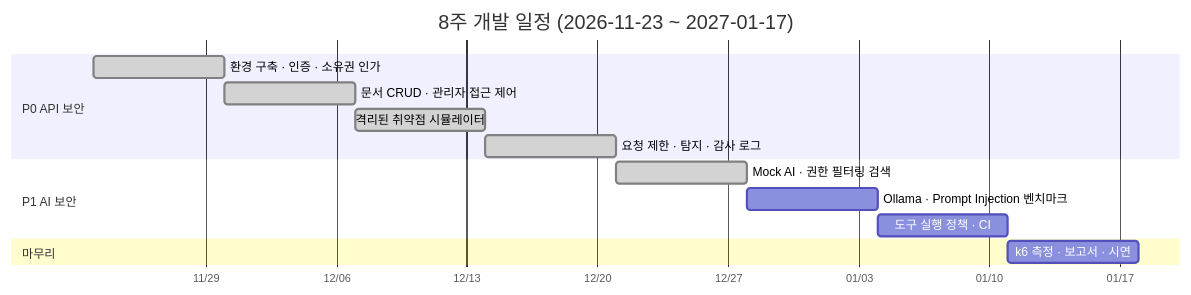
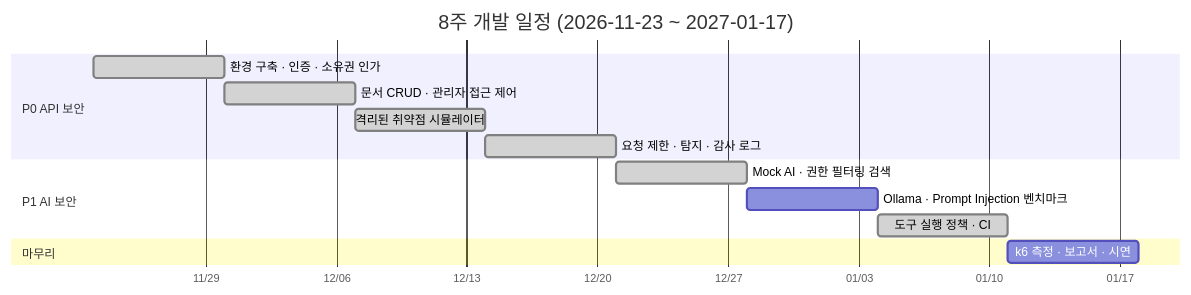
One commit to Ohhaeseo/securelab-ai changed the second of 2 diagrams in README.md. Above: the diagram before and after it, drawn with Mermaid. The commit also changed other lines of this file and 7 other files, not shown here.

````diff
--- a/README.md
+++ b/README.md
@@ -206,17 +208,17 @@
 ```mermaid
 gantt
   title 8주 개발 일정 (2026-11-23 ~ 2027-01-17)
   dateFormat YYYY-MM-DD
   axisFormat %m/%d
   section P0 API 보안
   환경 구축 · 인증 · 소유권 인가   :done, w1, 2026-11-23, 7d
   문서 CRUD · 관리자 접근 제어     :done, w2, after w1, 7d
   격리된 취약점 시뮬레이터          :done, w3, after w2, 7d
   요청 제한 · 탐지 · 감사 로그      :done, w4, after w3, 7d
   section P1 AI 보안
   Mock AI · 권한 필터링 검색       :done, w5, after w4, 7d
   Ollama · Prompt Injection 벤치마크 :w6, after w5, 7d
-  도구 실행 정책 · CI              :w7, after w6, 7d
+  도구 실행 정책 · CI              :done, w7, after w6, 7d
   section 마무리
   k6 측정 · 보고서 · 시연          :w8, after w7, 7d
 ```
````
